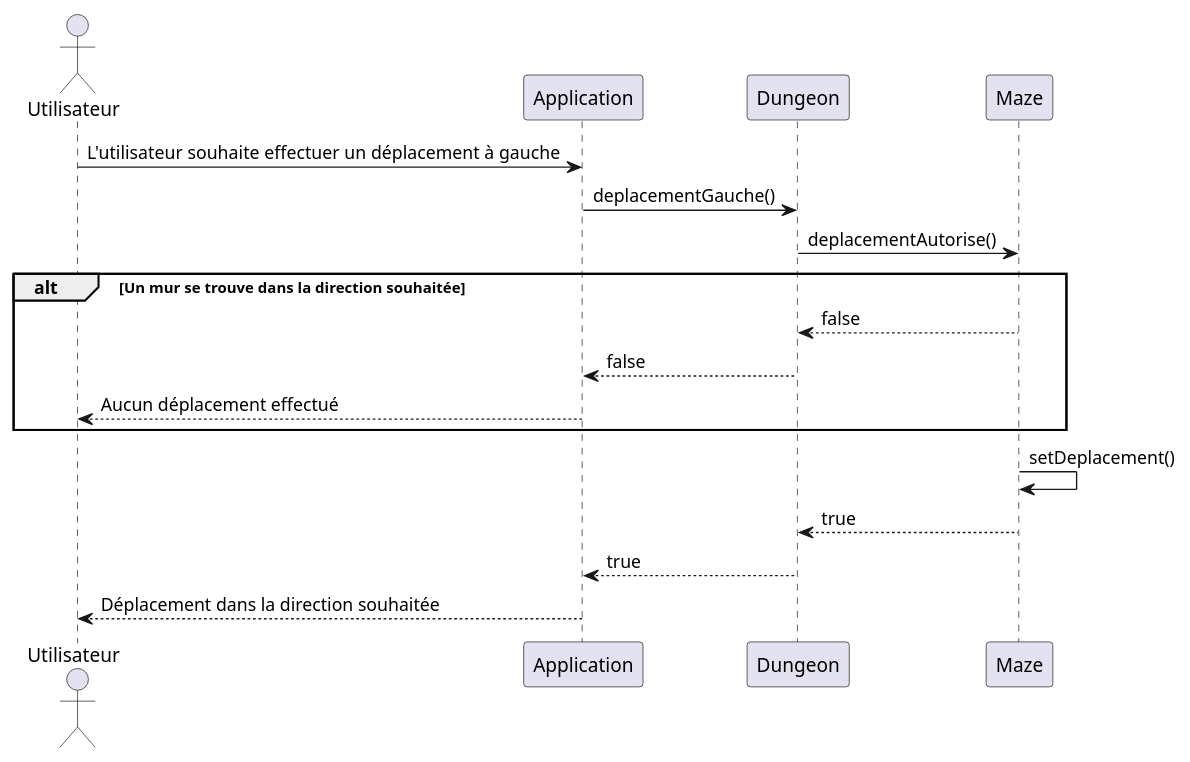
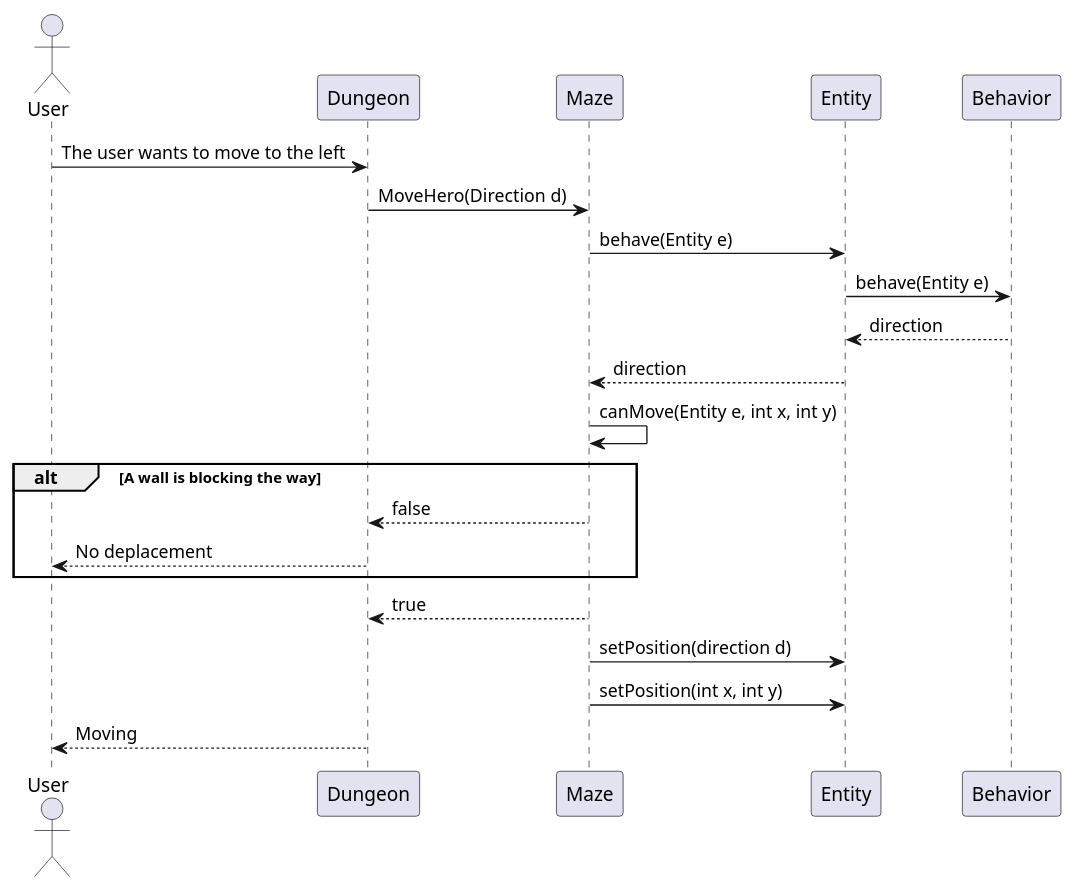
One commit to Reynault/ACL_2019_Zelpop changed the diagram in doc/first_sprint/diagrams/sequences/move.puml. Above: the diagram before and after it, drawn with PlantUML.

Commit message:
Changement du diagramme de séquences de move

```diff
--- a/doc/first_sprint/diagrams/sequences/move.puml
+++ b/doc/first_sprint/diagrams/sequences/move.puml
@@ -1,15 +1,18 @@
 @startuml
-Actor Utilisateur
-Utilisateur -> Application : L'utilisateur souhaite effectuer un déplacement à gauche
-Application -> Dungeon : deplacementGauche()
-Dungeon -> Maze : deplacementAutorise()
-alt Un mur se trouve dans la direction souhaitée
-Maze --> Dungeon : false
-Dungeon --> Application : false
-Application --> Utilisateur : Aucun déplacement effectué
+Actor User
+User -> Dungeon : The user wants to move to the left
+Dungeon -> Maze : MoveHero(Direction d)
+Maze -> Entity : behave(Entity e)
+Entity -> Behavior : behave(Entity e)
+Behavior --> Entity : direction
+Entity --> Maze : direction
+Maze -> Maze : canMove(Entity e, int x, int y)
+alt A wall is blocking the way
+    Maze --> Dungeon : false
+    Dungeon --> User : No deplacement
 end
-Maze -> Maze : setDeplacement()
 Maze --> Dungeon : true
-Dungeon --> Application : true
-Application --> Utilisateur : Déplacement dans la direction souhaitée
+Maze -> Entity : setPosition(direction d)
+Maze -> Entity : setPosition(int x, int y)
+Dungeon --> User : Moving
 @enduml
```
